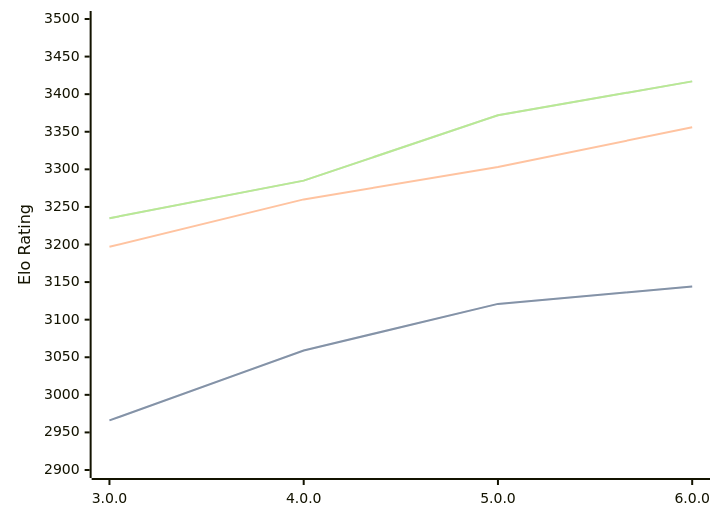
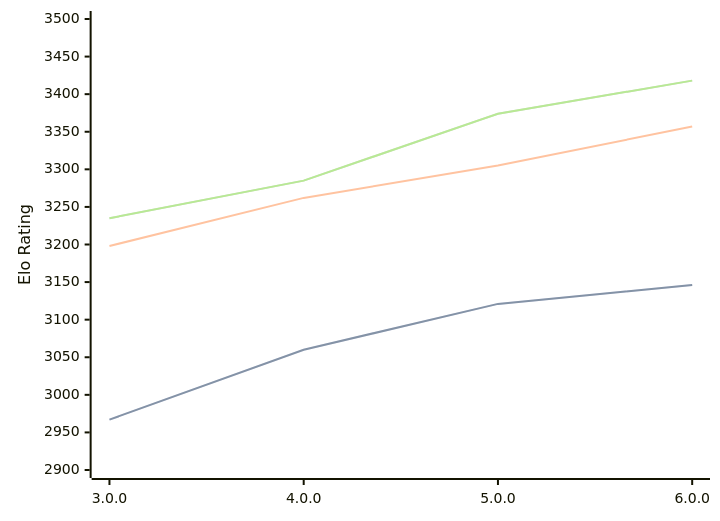
Before and after one commit to computer-chess-index/cci: the diagram in engines/Minke.md, drawn with Mermaid. The commit also changed other lines of this file, not shown here.

Commit message:
Update CCI Ratings (ELO VLTC) - 2026-07-24

````diff
--- a/engines/Minke.md
+++ b/engines/Minke.md
@@ -36,11 +36,11 @@
 ```mermaid
 %%{init: {"theme":"base","themeVariables":{"seriesColors:['#a3a3a3','#222221','#faa371']}}}%%
 xychart-beta
   x-axis ["3.0.0", "4.0.0", "5.0.0", "6.0.0"]
   y-axis "Elo Rating" 2900 --> 3500
-  line "STC (8.0+0.08s)" [2966, 3059, 3121, 3144]
-  line "STC (8.0+0.08s)" [2966, 3059, 3121, 3144]
-  line "LTC (60.0+0.60s)" [3197, 3260, 3303, 3356]
-  line "VLTC (2m24s+1.12s)" [3235, 3285, 3372, 3417]
-  line "VLTC (2m24s+1.12s)" [3235, 3285, 3372, 3417]
+  line "STC (8.0+0.08s)" [2967, 3060, 3121, 3146]
+  line "STC (8.0+0.08s)" [2967, 3060, 3121, 3146]
+  line "LTC (60.0+0.60s)" [3198, 3262, 3305, 3357]
+  line "VLTC (2m24s+1.12s)" [3235, 3285, 3374, 3418]
+  line "VLTC (2m24s+1.12s)" [3235, 3285, 3374, 3418]
 ```
````
